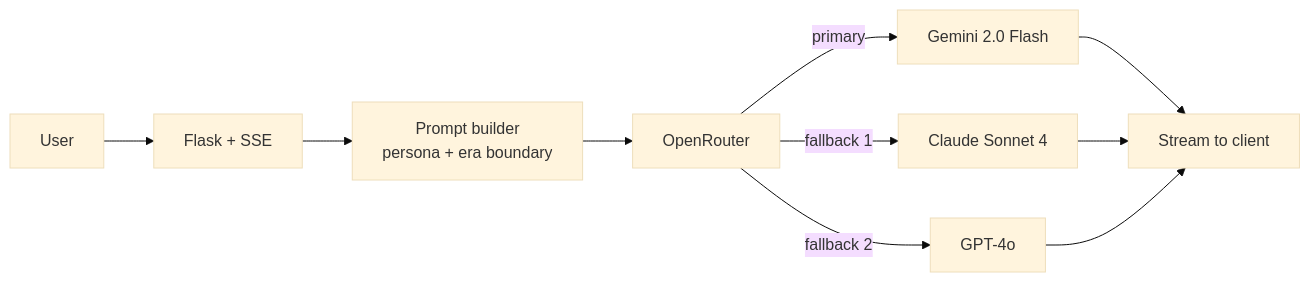
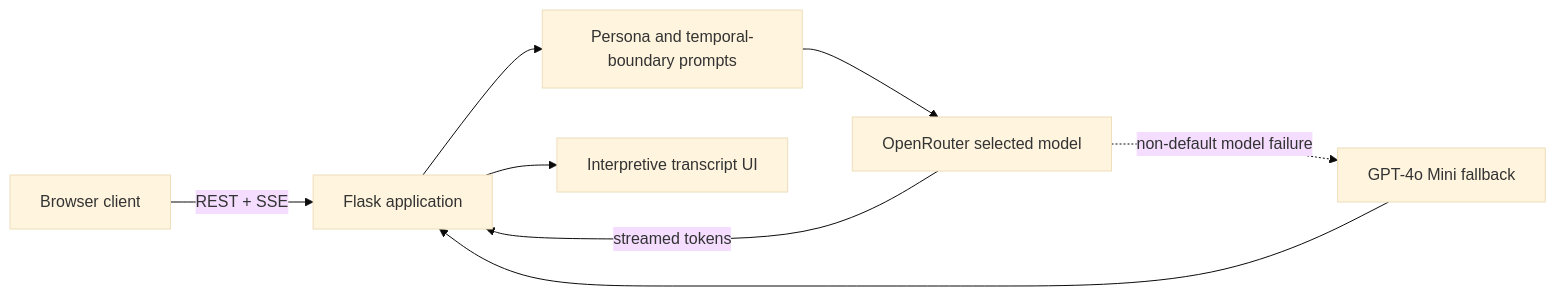
The diagram in README.md (ARJUNVARMA2000/Seance_AI), drawn with Mermaid (base theme) before and after one commit. The commit also changed other lines of this file and 7 other files, not shown here.

````diff
--- a/README.md
+++ b/README.md
@@ -33,12 +44,10 @@
 ```mermaid
 flowchart LR
-    U[User] --> F[Flask + SSE]
-    F --> P[Prompt builder<br/>persona + era boundary]
-    P --> OR[OpenRouter]
-    OR -->|primary| G[Gemini 2.0 Flash]
-    OR -->|fallback 1| C[Claude Sonnet 4]
-    OR -->|fallback 2| O[GPT-4o]
-    G --> S[Stream to client]
-    C --> S
-    O --> S
+    U[Browser client] -->|REST + SSE| F[Flask application]
+    F --> P[Persona and temporal-boundary prompts]
+    P --> OR[OpenRouter selected model]
+    OR -->|streamed tokens| F
+    OR -. non-default model failure .-> FB[GPT-4o Mini fallback]
+    FB --> F
+    F --> T[Interpretive transcript UI]
 ```
````
